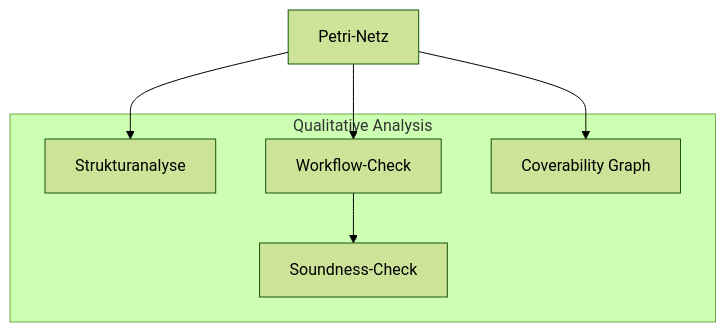
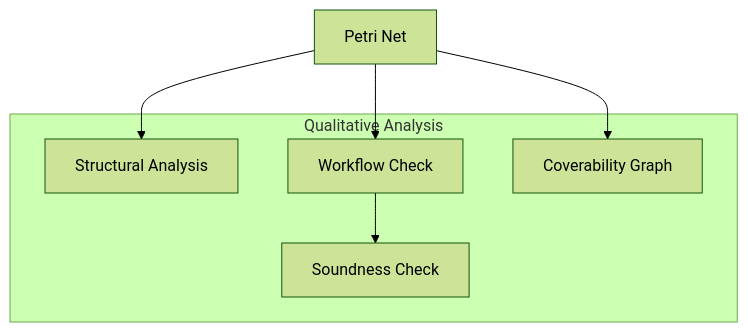
The first of 7 diagrams in docs/migration/06-qualitative-analysis.md (woped/woped-next), drawn with Mermaid (forest theme) before and after one commit. The commit also changed other lines of this file and 24 other files, not shown here.

````diff
--- a/docs/migration/06-qualitative-analysis.md
+++ b/docs/migration/06-qualitative-analysis.md
@@ -7,14 +7,14 @@
 ```mermaid
 graph TD
     subgraph Qualitative Analysis
-        STRUCT[Strukturanalyse]
-        WORKFLOW[Workflow-Check]
-        SOUND[Soundness-Check]
+        STRUCT[Structural Analysis]
+        WORKFLOW[Workflow Check]
+        SOUND[Soundness Check]
         COVER[Coverability Graph]
     end
     
-    NET[Petri-Netz] --> STRUCT
+    NET[Petri Net] --> STRUCT
     NET --> WORKFLOW
     WORKFLOW --> SOUND
     NET --> COVER
 ```
````
